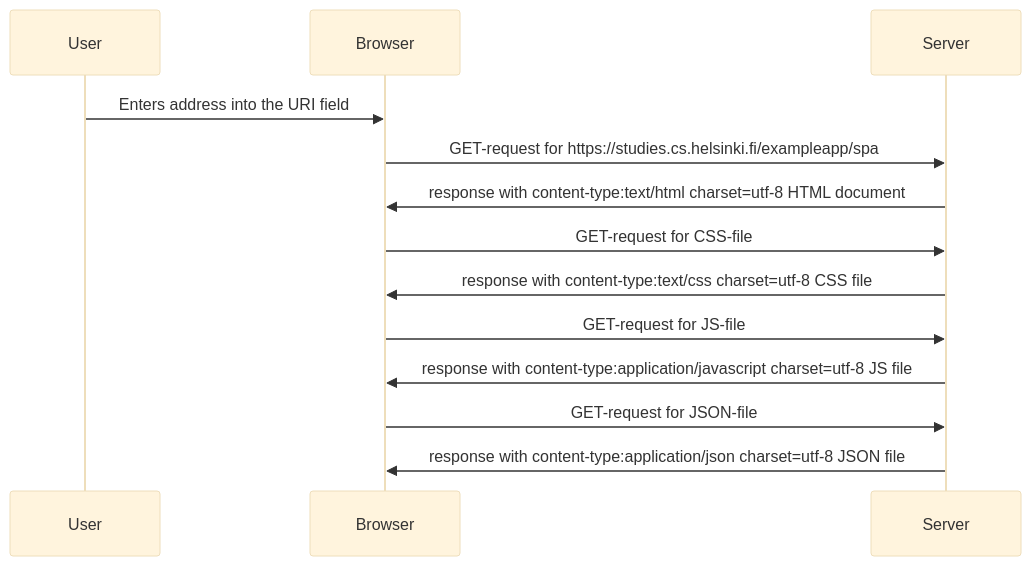
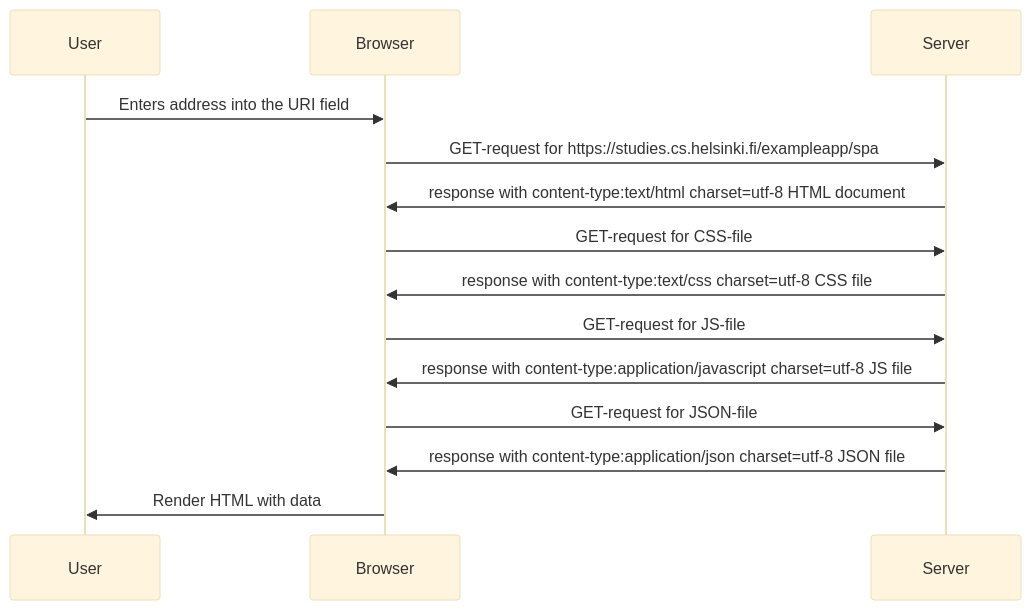
One commit to iFrodo/fullstackopen changed the diagram in part0/0-5.md. Above: the diagram before and after it, drawn with Mermaid (base theme).

````diff
--- a/part0/0-5.md
+++ b/part0/0-5.md
@@ -2,22 +2,24 @@
 ``` mermaid
 sequenceDiagram
     participant User
     participant Browser
     participant Server
 
     User->>Browser: Enters address into the URI field
 
     Browser->>Server: GET-request for https://studies.cs.helsinki.fi/exampleapp/spa
     Server->>Browser: response  with content-type:text/html charset=utf-8 HTML document 
 
     Browser->>Server: GET-request for CSS-file
     Server->>Browser: response with content-type:text/css charset=utf-8 CSS file
 
     Browser->>Server: GET-request for JS-file
     Server->>Browser: response with content-type:application/javascript charset=utf-8 JS file
 
     Browser->>Server: GET-request for JSON-file
     Server->>Browser: response with content-type:application/json charset=utf-8 JSON file
 
+    Browser->>User: Render HTML with data
+
 
 ```
````
